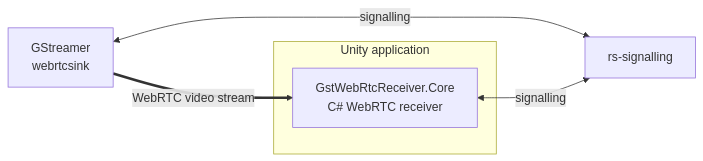
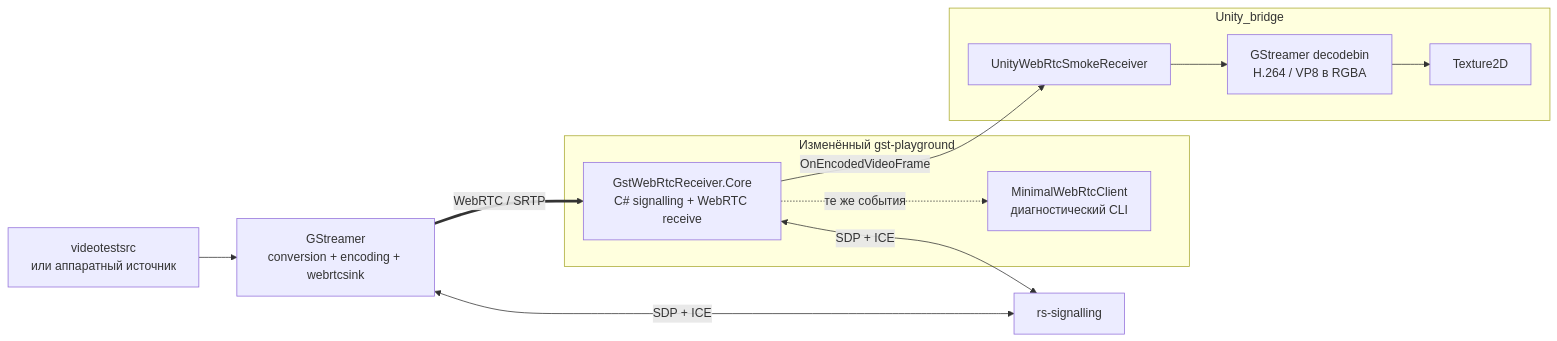
Before and after one commit to acierra/gst-playground: the diagram in README.md, drawn with Mermaid. The commit also changed other lines of this file and 2 other files, not shown here.

Commit message:
h264 webrtc receiver

````diff
--- a/README.md
+++ b/README.md
@@ -31,14 +16,24 @@
 ```mermaid
 flowchart LR
-    GST["GStreamer<br/>webrtcsink"]
+    TEST["videotestsrc<br/>или аппаратный источник"]
+    GST["GStreamer<br/>conversion + encoding + webrtcsink"]
     SIG["rs-signalling"]
 
-    subgraph UNITY["Unity application"]
-        CORE["GstWebRtcReceiver.Core<br/>C# WebRTC receiver"]
+    subgraph DOTNET["Изменённый gst-playground"]
+        CORE["GstWebRtcReceiver.Core<br/>C# signalling + WebRTC receive"]
+        CLI["MinimalWebRtcClient<br/>диагностический CLI"]
     end
 
-    GST ==>|"WebRTC video stream"| CORE
+    subgraph UNITY["Unity_bridge"]
+        U["UnityWebRtcSmokeReceiver"]
+        GD["GStreamer decodebin<br/>H.264 / VP8 в RGBA"]
+        TEX["Texture2D"]
+    end
 
-    GST <-->|"signalling"| SIG
-    CORE <-->|"signalling"| SIG
+    TEST --> GST
+    GST <-->|"SDP + ICE"| SIG
+    CORE <-->|"SDP + ICE"| SIG
+    GST ==>|"WebRTC / SRTP"| CORE
+    CORE -.->|"те же события"| CLI
+    CORE -->|"OnEncodedVideoFrame"| U --> GD --> TEX
 ```
````
